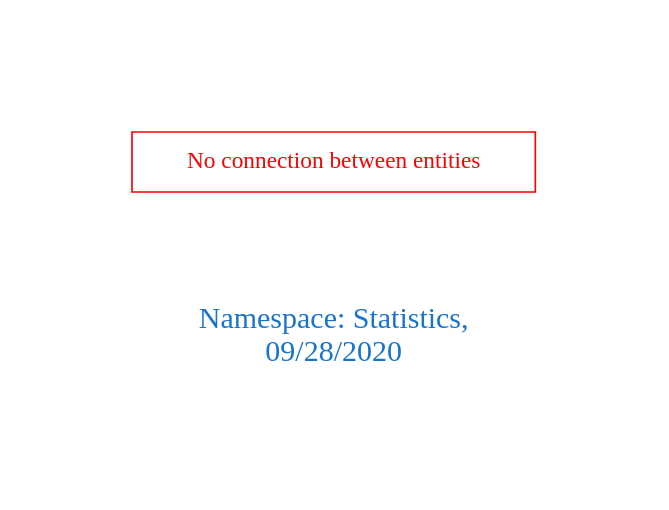
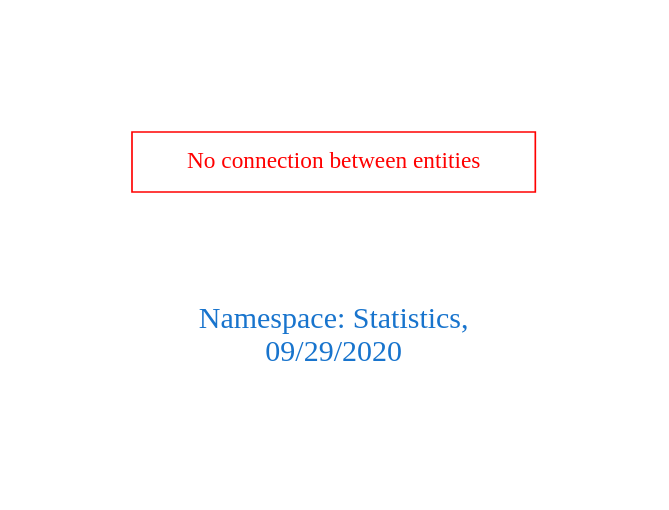
Before and after one commit to arago/OGIT: the diagram in downloads/Statistics.dot, drawn with Graphviz. The commit also changed 1818 other files, not shown here.

```diff
--- a/downloads/Statistics.dot
+++ b/downloads/Statistics.dot
@@ -1,9 +1,9 @@
 digraph OGIT_ontology {
  graph [ rankdir= LR,pad=1 
 fontsize = 18,
-fontcolor= dodgerblue3,label = "\n\n\nNamespace: Statistics, \n 09/28/2020"];
+fontcolor= dodgerblue3,label = "\n\n\nNamespace: Statistics, \n 09/29/2020"];
 node[shape=polygon];
 edge [  color="gray81"];
 
 "No connection between entities" [fontcolor = "red",color="red", shape="polygon"]
 }
```
